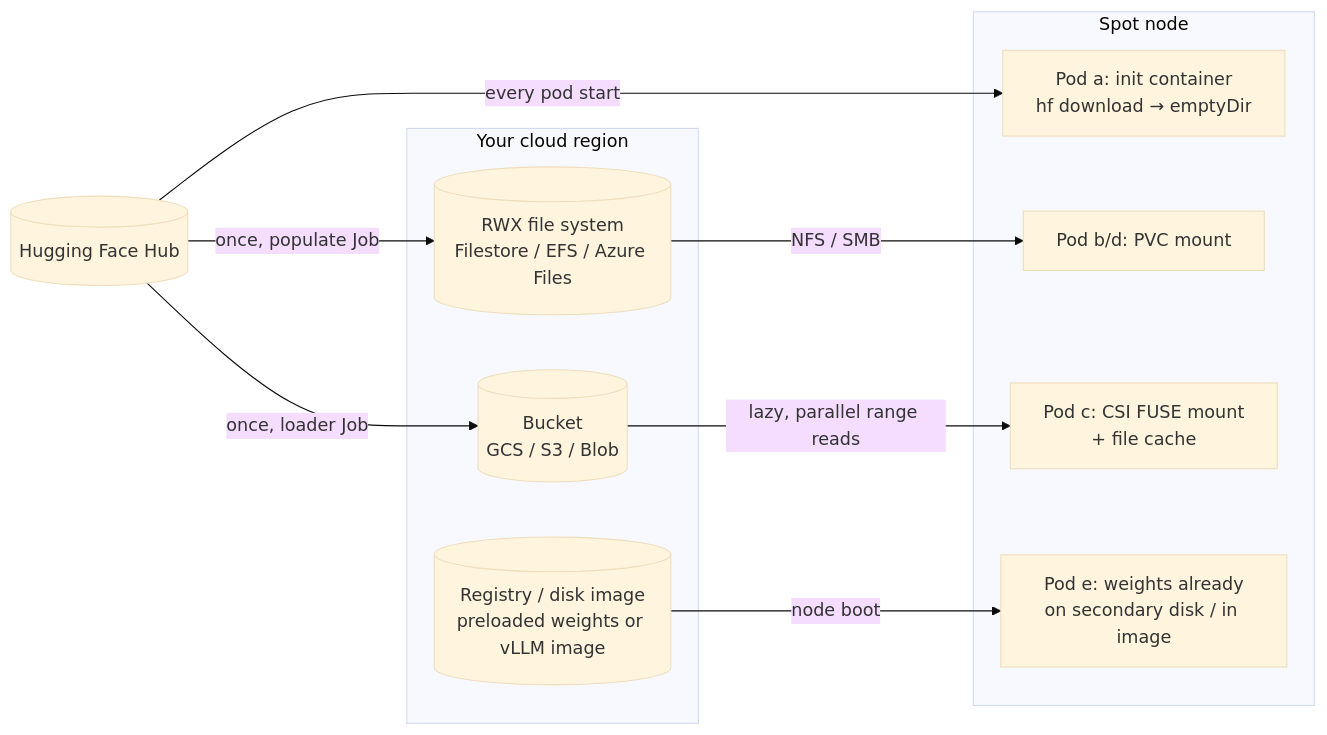
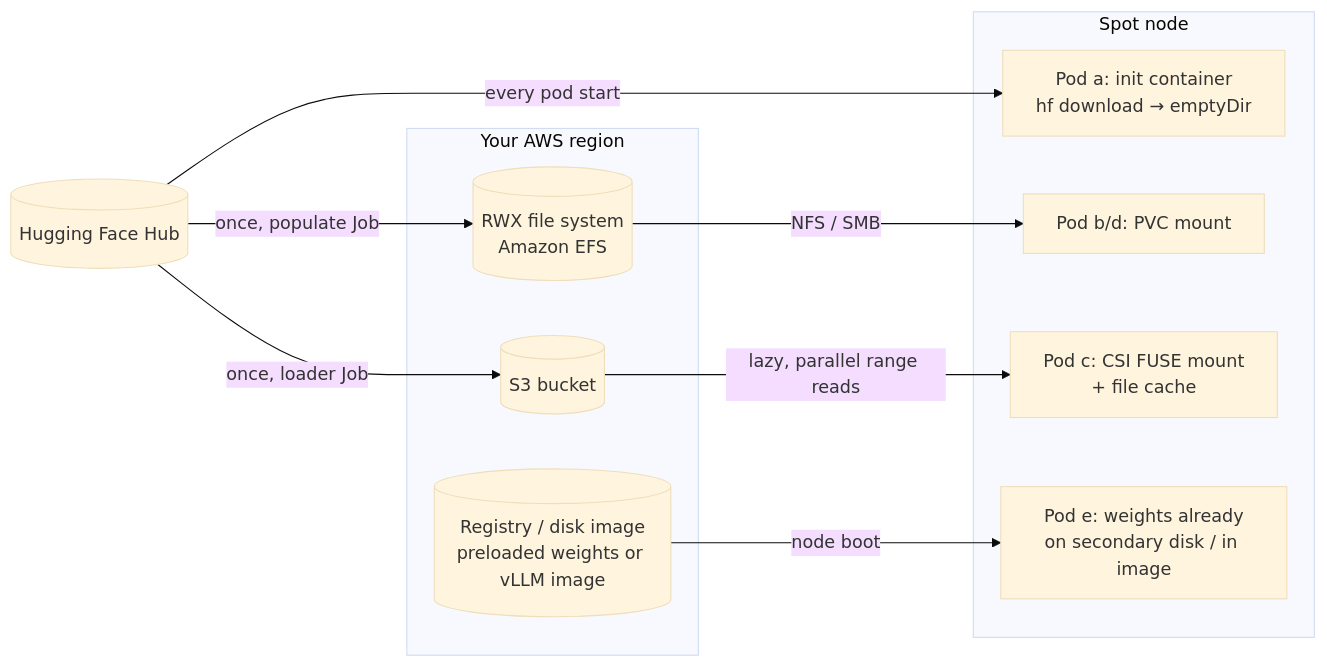
Before and after one commit to GitOpsHub/kubernetes-ai-infrastructure: the first of 2 diagrams in 05-model-storage-and-data/README.md, drawn with Mermaid (base theme). The commit also changed other lines of this file and 25 other files, not shown here.

````diff
--- a/05-model-storage-and-data/README.md
+++ b/05-model-storage-and-data/README.md
@@ -86,21 +86,21 @@
 ```mermaid
 flowchart LR
   HF[(Hugging Face Hub)]
-  subgraph Cloud["Your cloud region"]
-    B[(Bucket<br/>GCS / S3 / Blob)]
-    FS[(RWX file system<br/>Filestore / EFS / Azure Files)]
+  subgraph Cloud["Your AWS region"]
+    B[(S3 bucket)]
+    FS[(RWX file system<br/>Amazon EFS)]
     IMG[(Registry / disk image<br/>preloaded weights or vLLM image)]
   end
   subgraph Node["Spot node"]
     P1[Pod a: init container<br/>hf download → emptyDir]
     P2[Pod b/d: PVC mount]
     P3[Pod c: CSI FUSE mount<br/>+ file cache]
     P4[Pod e: weights already<br/>on secondary disk / in image]
   end
   HF -->|every pod start| P1
   HF -->|once, loader Job| B
   HF -->|once, populate Job| FS
   B -->|lazy, parallel range reads| P3
   FS -->|NFS / SMB| P2
   IMG -->|node boot| P4
 ```
````
